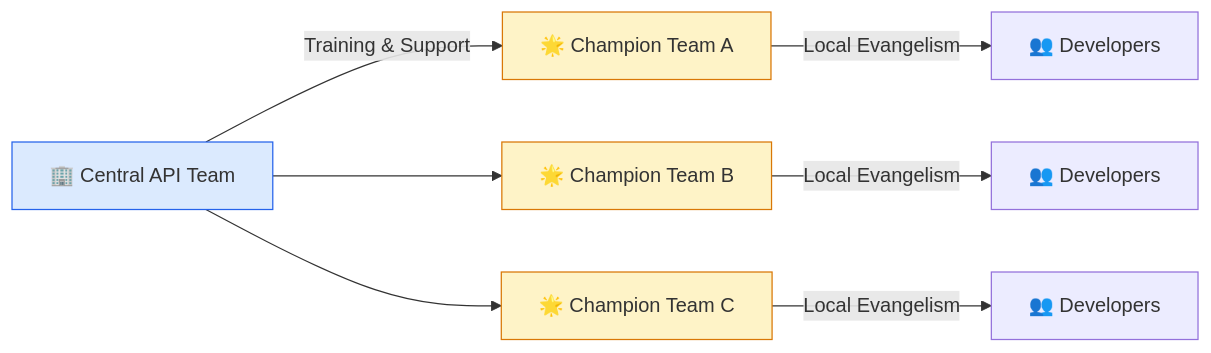
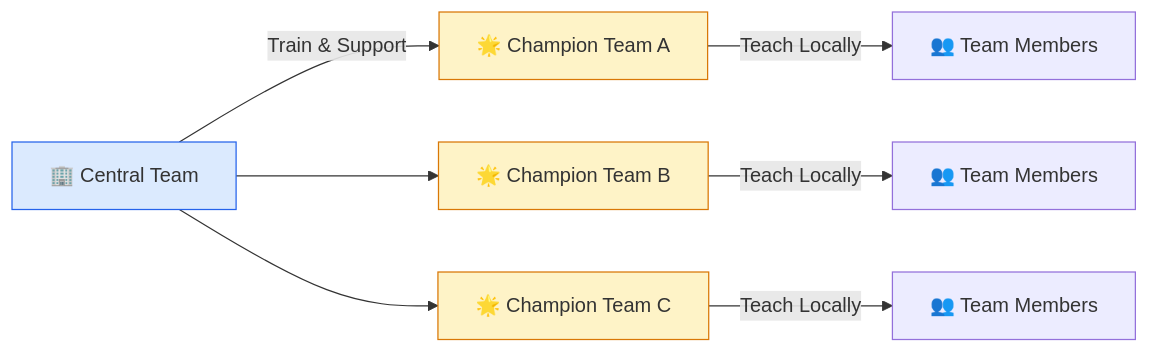
One commit to rilov/handbook changed diagram 14 of 16 in _topics/scaling-api-design-architecture-part-2.md. Above: the diagram before and after it, drawn with Mermaid. The commit also changed other lines of this file, not shown here.

```diff
--- a/_topics/scaling-api-design-architecture-part-2.md
+++ b/_topics/scaling-api-design-architecture-part-2.md
@@ -943,15 +833,15 @@
 <div class="mermaid">
 flowchart LR
-    Central["🏢 Central API Team"] --> |"Training & Support"| C1["🌟 Champion Team A"]
+    Central["🏢 Central Team"] --> |"Train & Support"| C1["🌟 Champion Team A"]
     Central --> C2["🌟 Champion Team B"]
     Central --> C3["🌟 Champion Team C"]
     
-    C1 --> |"Local Evangelism"| D1["👥 Developers"]
-    C2 --> |"Local Evangelism"| D2["👥 Developers"]
-    C3 --> |"Local Evangelism"| D3["👥 Developers"]
+    C1 --> |"Teach Locally"| D1["👥 Team Members"]
+    C2 --> |"Teach Locally"| D2["👥 Team Members"]
+    C3 --> |"Teach Locally"| D3["👥 Team Members"]
     
     style Central fill:#dbeafe,stroke:#2563eb
     style C1 fill:#fef3c7,stroke:#d97706
     style C2 fill:#fef3c7,stroke:#d97706
     style C3 fill:#fef3c7,stroke:#d97706
 </div>
```
